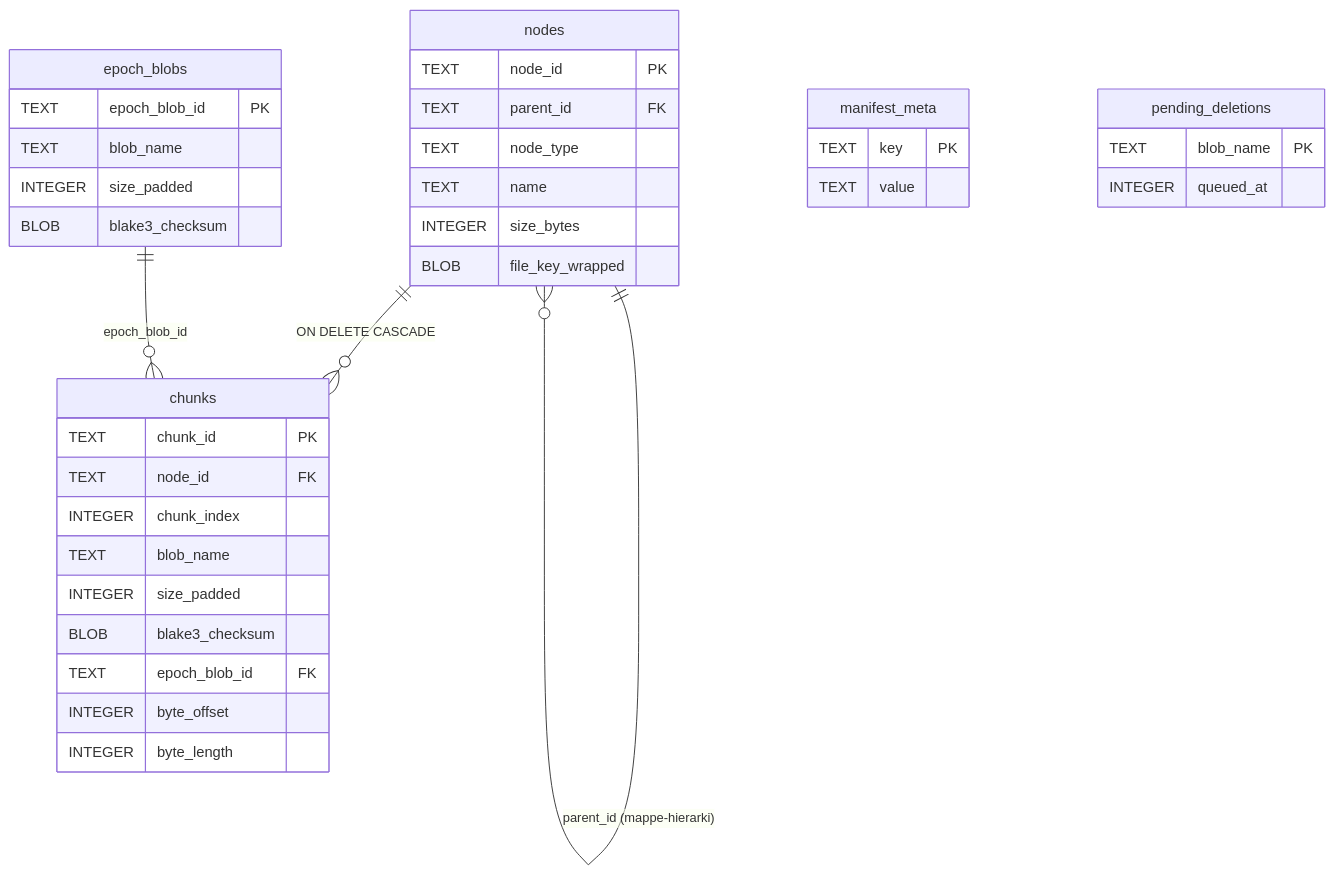
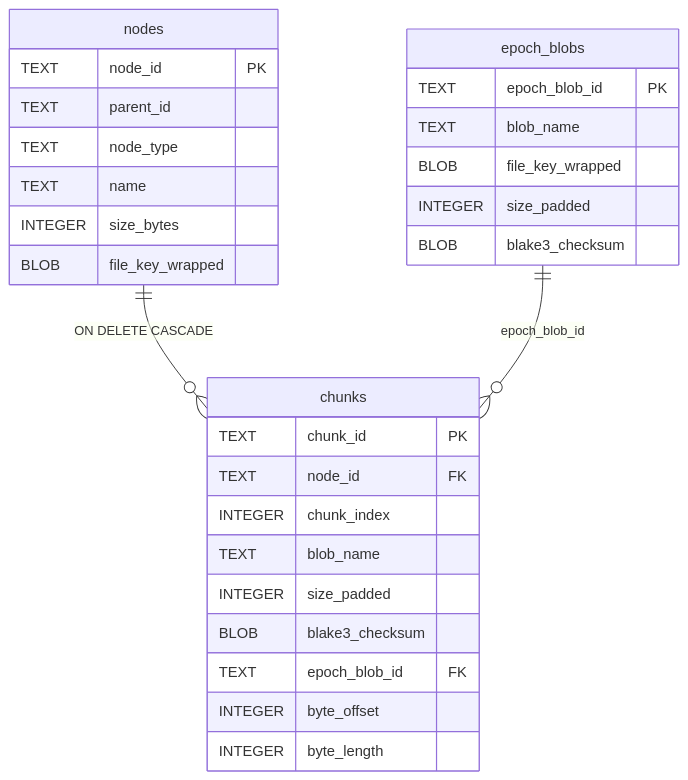
Before and after one commit to salgaard/arx-runa: the seventh of 12 diagrams in docs/report/arx-runa-bachelorrapport.md, drawn with Mermaid. The commit also changed other lines of this file and 4 other files, not shown here.

````diff
--- a/docs/report/arx-runa-bachelorrapport.md
+++ b/docs/report/arx-runa-bachelorrapport.md
@@ -778,39 +768,31 @@
 ```mermaid
 erDiagram
     nodes {
         TEXT node_id PK
-        TEXT parent_id FK
+        TEXT parent_id
         TEXT node_type
         TEXT name
         INTEGER size_bytes
         BLOB file_key_wrapped
     }
     chunks {
         TEXT chunk_id PK
         TEXT node_id FK
         INTEGER chunk_index
         TEXT blob_name
         INTEGER size_padded
         BLOB blake3_checksum
         TEXT epoch_blob_id FK
         INTEGER byte_offset
         INTEGER byte_length
     }
     epoch_blobs {
         TEXT epoch_blob_id PK
         TEXT blob_name
+        BLOB file_key_wrapped
         INTEGER size_padded
         BLOB blake3_checksum
     }
-    manifest_meta {
-        TEXT key PK
-        TEXT value
-    }
-    pending_deletions {
-        TEXT blob_name PK
-        INTEGER queued_at
-    }
-    nodes ||--o{ nodes : "parent_id (mappe-hierarki)"
     nodes ||--o{ chunks : "ON DELETE CASCADE"
     epoch_blobs ||--o{ chunks : "epoch_blob_id"
 ```
````
